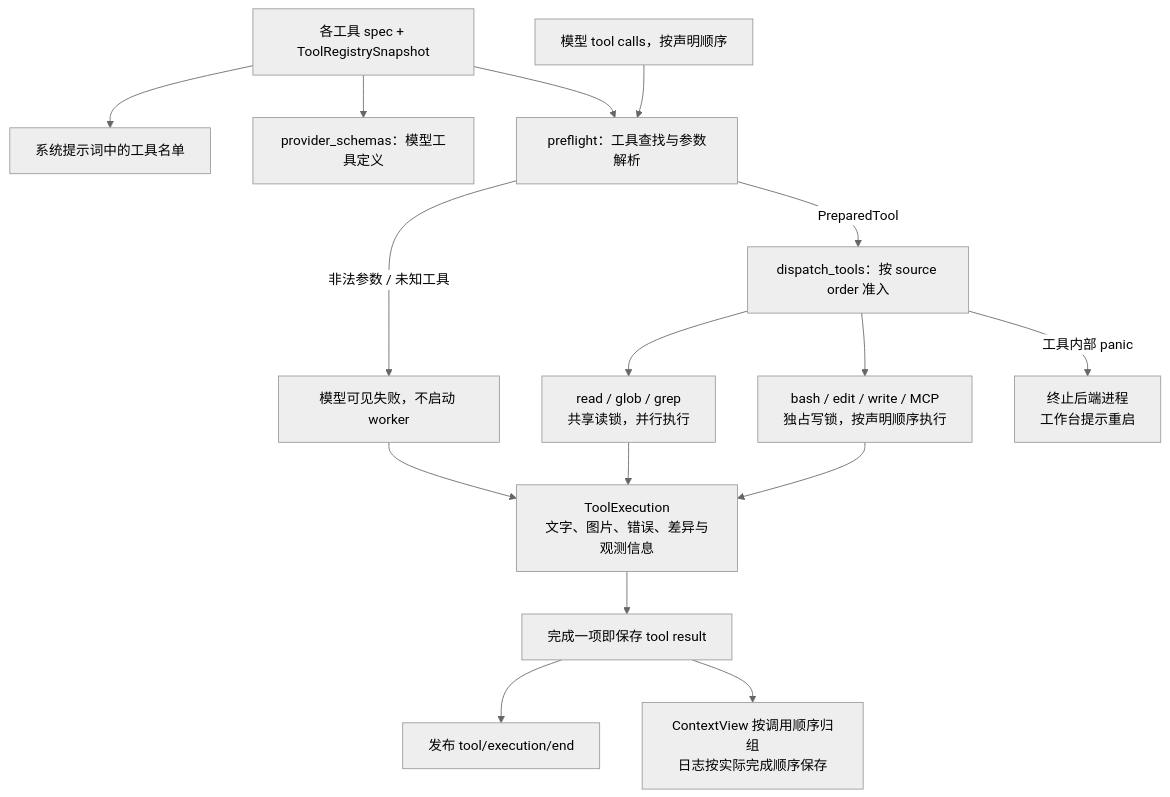
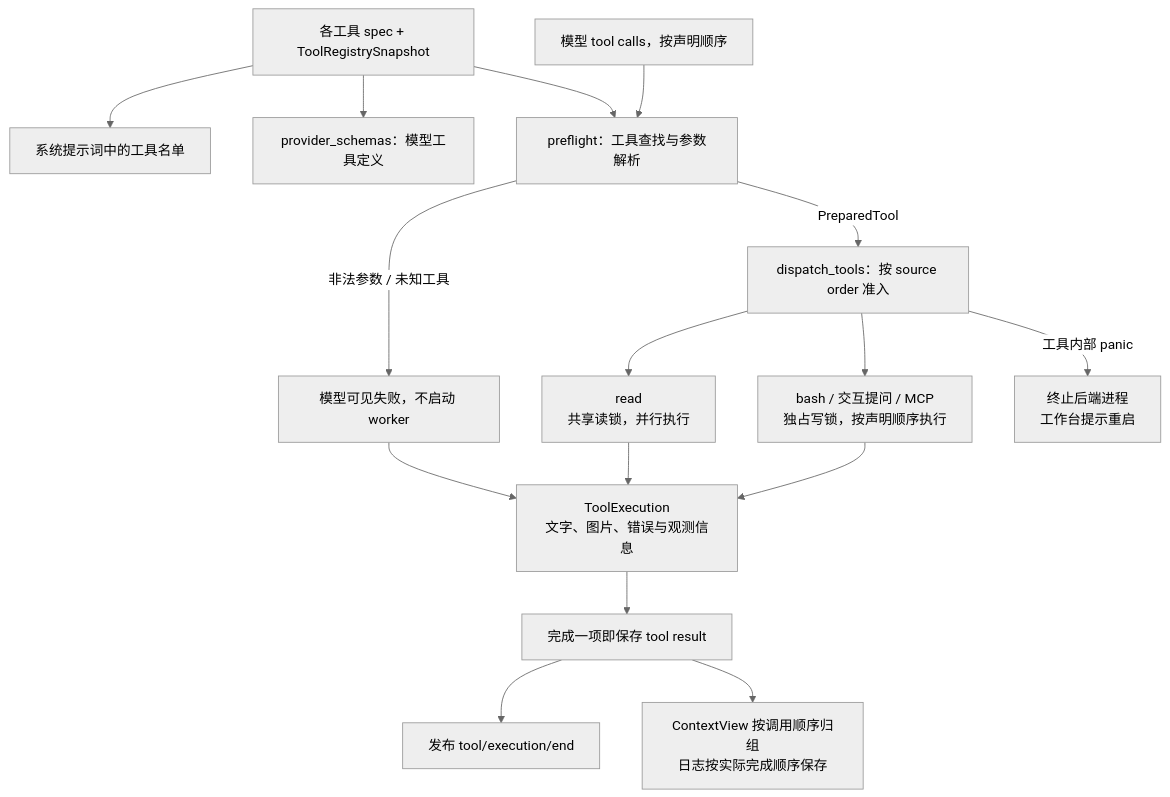
Before and after one commit to qjcnmd/singularity-agent: diagram 24 of 29 in docs/architecture.md, drawn with Mermaid (neutral theme). The commit also changed other lines of this file and 34 other files, not shown here.

````diff
--- a/docs/architecture.md
+++ b/docs/architecture.md
@@ -726,18 +723,18 @@
 ```mermaid
 flowchart TB
     Specs["各工具 spec + ToolRegistrySnapshot"] --> Prompt["系统提示词中的工具名单"]
     Specs --> Schema["provider_schemas：模型工具定义"]
     Calls["模型 tool calls，按声明顺序"] --> Preflight["preflight：工具查找与参数解析"]
     Specs --> Preflight
     Preflight -->|"非法参数 / 未知工具"| Rejected["模型可见失败，不启动 worker"]
     Preflight -->|"PreparedTool"| Dispatch["dispatch_tools：按 source order 准入"]
-    Dispatch --> ReadOnly["read / glob / grep<br/>共享读锁，并行执行"]
-    Dispatch --> Barrier["bash / edit / write / MCP<br/>独占写锁，按声明顺序执行"]
+    Dispatch --> ReadOnly["read<br/>共享读锁，并行执行"]
+    Dispatch --> Barrier["bash / 交互提问 / MCP<br/>独占写锁，按声明顺序执行"]
     Dispatch -->|"工具内部 panic"| HostFatal["终止后端进程<br/>工作台提示重启"]
-    ReadOnly --> Result["ToolExecution<br/>文字、图片、错误、差异与观测信息"]
+    ReadOnly --> Result["ToolExecution<br/>文字、图片、错误与观测信息"]
     Barrier --> Result
     Rejected --> Result
     Result --> Persist["完成一项即保存 tool result"]
     Persist --> Event["发布 tool/execution/end"]
     Persist --> ModelOrder["ContextView 按调用顺序归组<br/>日志按实际完成顺序保存"]
 ```
````
